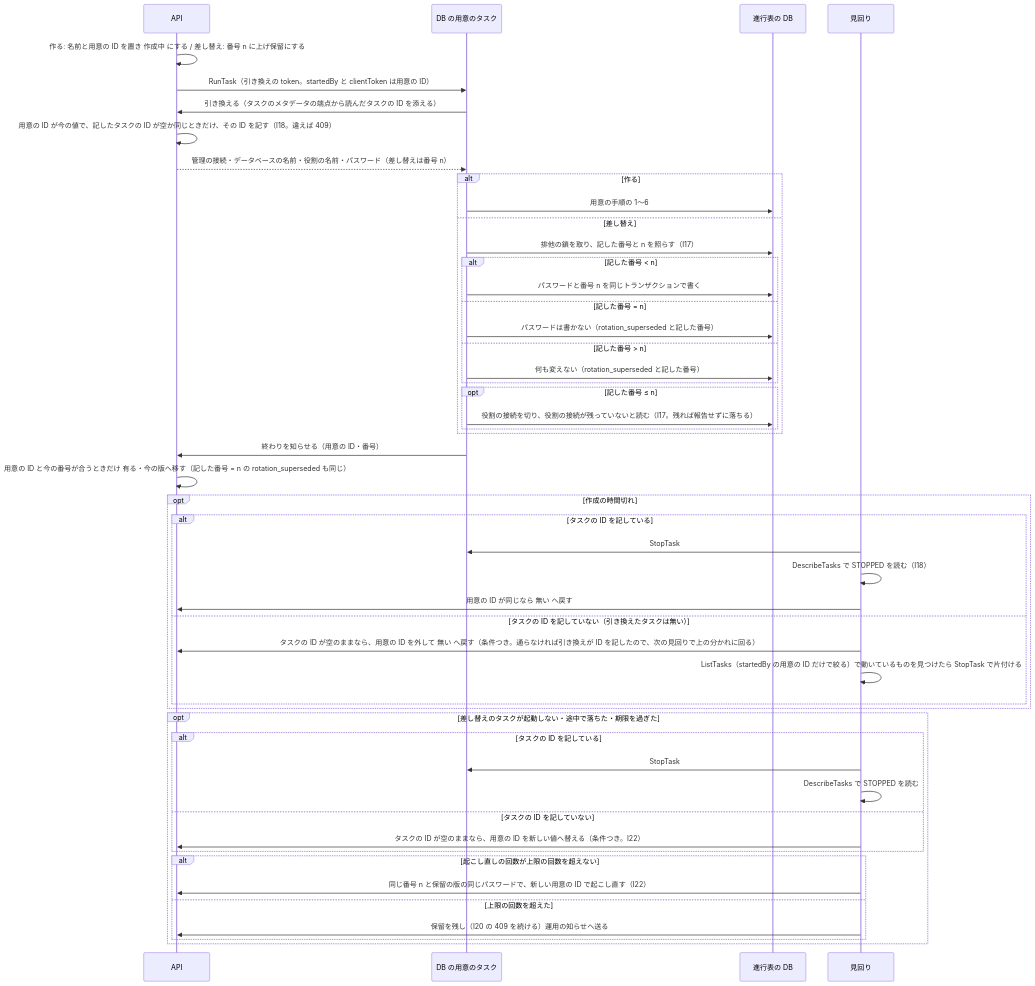
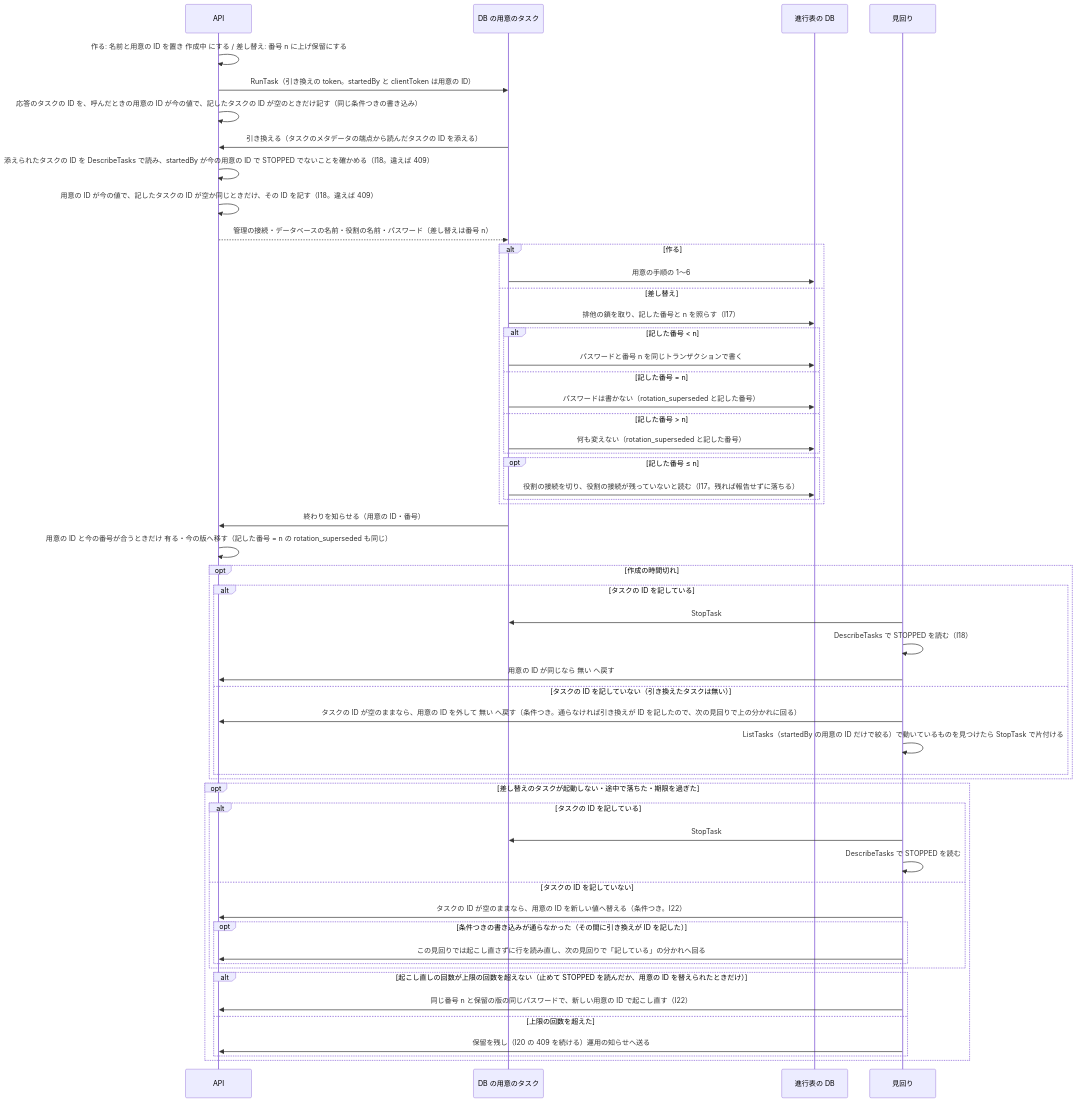
Before and after one commit to devbasex/nd-factory: the eighth of 10 diagrams in issues/issue-32-design.md, drawn with Mermaid. The commit also changed other lines of this file, not shown here.

````diff
--- a/issues/issue-32-design.md
+++ b/issues/issue-32-design.md
@@ -529,52 +535,57 @@
 ```mermaid
 sequenceDiagram
     participant API as API
     participant TK as DB の用意のタスク
     participant DB as 進行表の DB
     participant PT as 見回り
     API->>API: 作る: 名前と用意の ID を置き 作成中 にする / 差し替え: 番号 n に上げ保留にする
     API->>TK: RunTask（引き換えの token。startedBy と clientToken は用意の ID）
+    API->>API: 応答のタスクの ID を、呼んだときの用意の ID が今の値で、記したタスクの ID が空のときだけ記す（同じ条件つきの書き込み）
     TK->>API: 引き換える（タスクのメタデータの端点から読んだタスクの ID を添える）
+    API->>API: 添えられたタスクの ID を DescribeTasks で読み、startedBy が今の用意の ID で STOPPED でないことを確かめる（I18。違えば 409）
     API->>API: 用意の ID が今の値で、記したタスクの ID が空か同じときだけ、その ID を記す（I18。違えば 409）
     API-->>TK: 管理の接続・データベースの名前・役割の名前・パスワード（差し替えは番号 n）
     alt 作る
         TK->>DB: 用意の手順の 1〜6
     else 差し替え
         TK->>DB: 排他の鎖を取り、記した番号と n を照らす（I17）
         alt 記した番号 < n
             TK->>DB: パスワードと番号 n を同じトランザクションで書く
         else 記した番号 = n
             TK->>DB: パスワードは書かない（rotation_superseded と記した番号）
         else 記した番号 > n
             TK->>DB: 何も変えない（rotation_superseded と記した番号）
         end
         opt 記した番号 ≤ n
             TK->>DB: 役割の接続を切り、役割の接続が残っていないと読む（I17。残れば報告せずに落ちる）
         end
     end
     TK->>API: 終わりを知らせる（用意の ID・番号）
     API->>API: 用意の ID と今の番号が合うときだけ 有る・今の版へ移す（記した番号 = n の rotation_superseded も同じ）
     opt 作成の時間切れ
         alt タスクの ID を記している
             PT->>TK: StopTask
             PT->>PT: DescribeTasks で STOPPED を読む（I18）
             PT->>API: 用意の ID が同じなら 無い へ戻す
         else タスクの ID を記していない（引き換えたタスクは無い）
             PT->>API: タスクの ID が空のままなら、用意の ID を外して 無い へ戻す（条件つき。通らなければ引き換えが ID を記したので、次の見回りで上の分かれに回る）
             PT->>PT: ListTasks（startedBy の用意の ID だけで絞る）で動いているものを見つけたら StopTask で片付ける
         end
     end
     opt 差し替えのタスクが起動しない・途中で落ちた・期限を過ぎた
         alt タスクの ID を記している
             PT->>TK: StopTask
             PT->>PT: DescribeTasks で STOPPED を読む
         else タスクの ID を記していない
             PT->>API: タスクの ID が空のままなら、用意の ID を新しい値へ替える（条件つき。I22）
+            opt 条件つきの書き込みが通らなかった（その間に引き換えが ID を記した）
+                PT->>API: この見回りでは起こし直さずに行を読み直し、次の見回りで「記している」の分かれへ回る
+            end
         end
-        alt 起こし直しの回数が上限の回数を超えない
+        alt 起こし直しの回数が上限の回数を超えない（止めて STOPPED を読んだか、用意の ID を替えられたときだけ）
             PT->>API: 同じ番号 n と保留の版の同じパスワードで、新しい用意の ID で起こし直す（I22）
         else 上限の回数を超えた
             PT->>API: 保留を残し（I20 の 409 を続ける）運用の知らせへ送る
         end
     end
 ```
````
